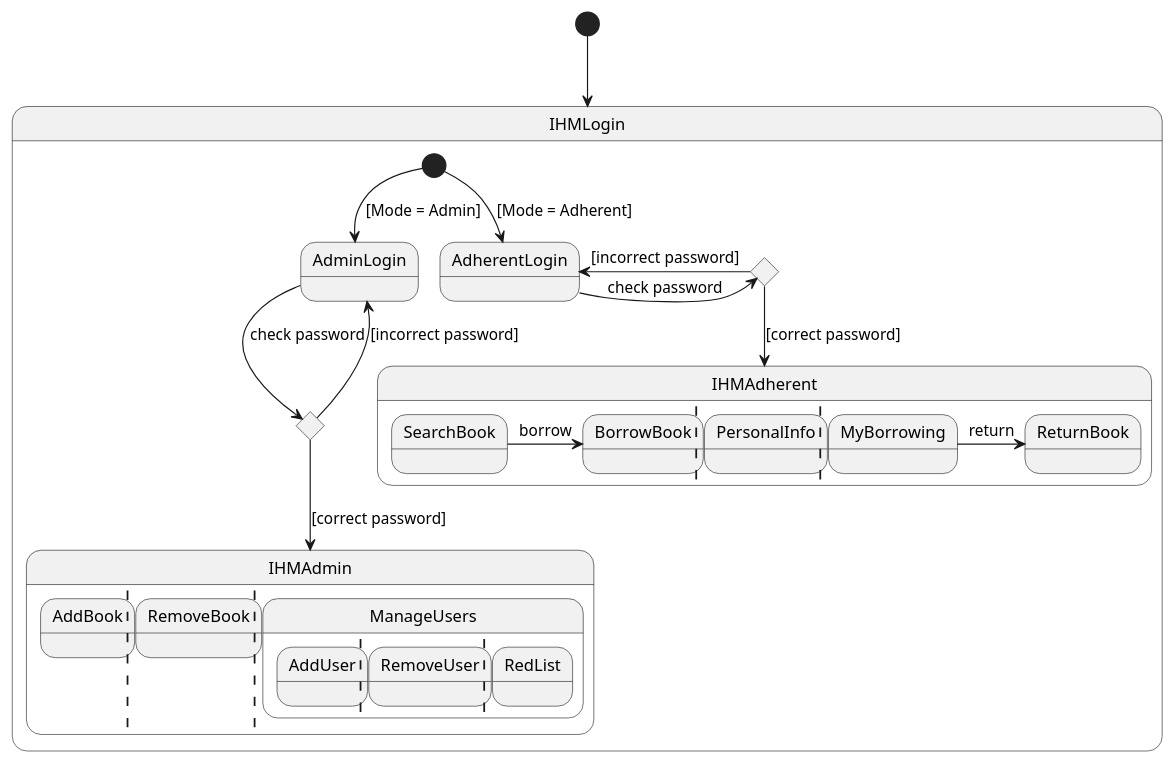
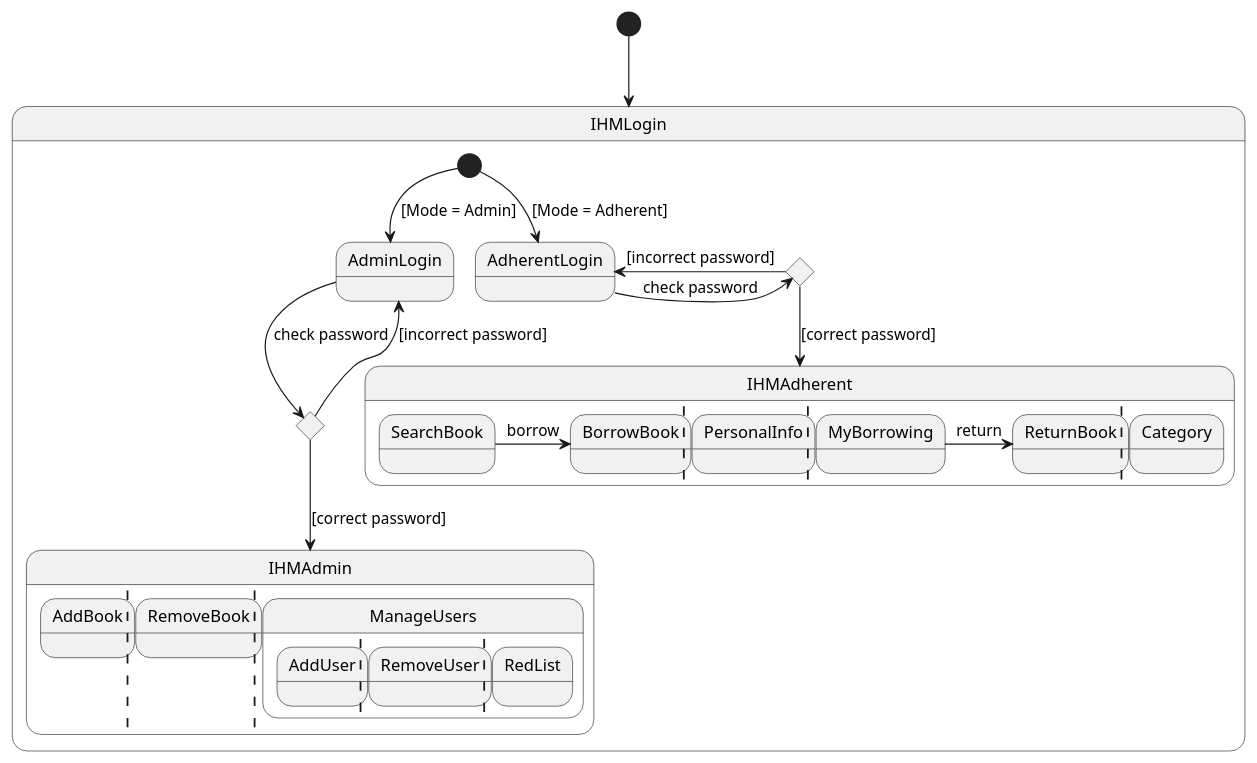
One commit to Goodmylife/Library changed the diagram in Conception/State.puml. Above: the diagram before and after it, drawn with PlantUML. The commit also changed 5 other files, not shown here.

```diff
--- a/Conception/State.puml
+++ b/Conception/State.puml
@@ -1,53 +1,55 @@
 @startuml
 'scale 350 width
 
 [*] --> IHMLogin
 
 state IHMLogin {
     [*] --> AdminLogin  : [Mode = Admin]
     [*] --> AdherentLogin : [Mode = Adherent]
 
     state testLoginAdmin <<choice>>
     state testLoginAdherent <<choice>>
 
     AdminLogin -> testLoginAdmin : check password
     AdherentLogin -> testLoginAdherent : check password
 
     testLoginAdmin --> AdminLogin : [incorrect password]
     testLoginAdherent -> AdherentLogin : [incorrect password]
     testLoginAdmin --> IHMAdmin : [correct password]
     testLoginAdherent --> IHMAdherent : [correct password]
 }
 
 
 
 
 state IHMAdmin {
     state AddBook
     ||
     state RemoveBook
     ||
     state ManageUsers {
         state AddUser
         ||
         state RemoveUser
         ||
         state RedList
     }
 }
 
 state IHMAdherent {
     state SearchBook
     state BorrowBook
 
     SearchBook -> BorrowBook : borrow
     ||
     state PersonalInfo
     ||
     state MyBorrowing
     state ReturnBook
     MyBorrowing -> ReturnBook : return
+    ||
+    state Category
 }
 
 
 @enduml
```
